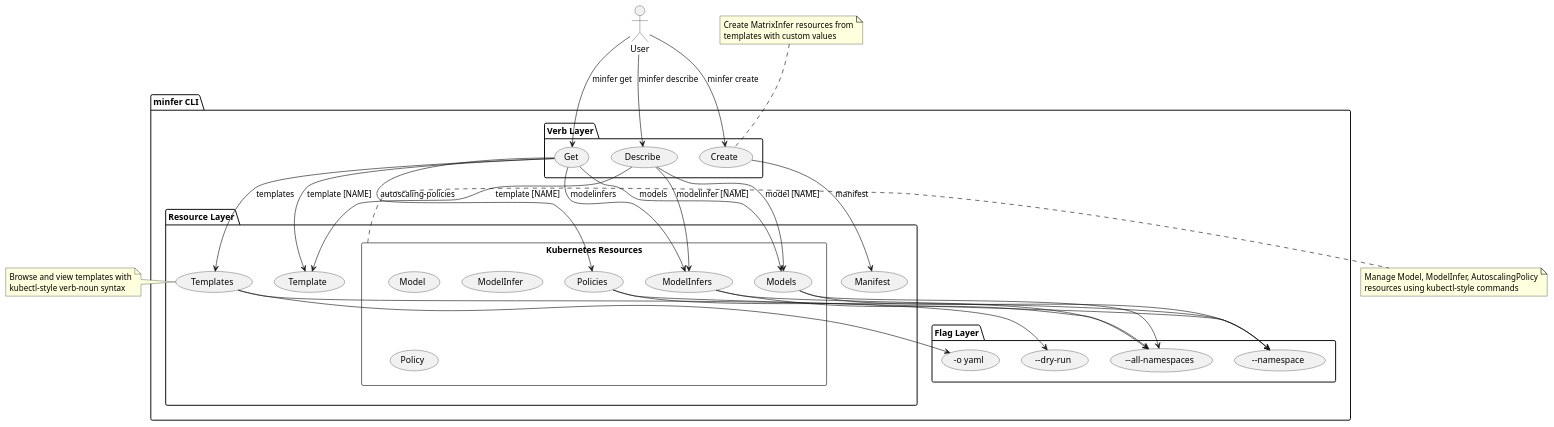
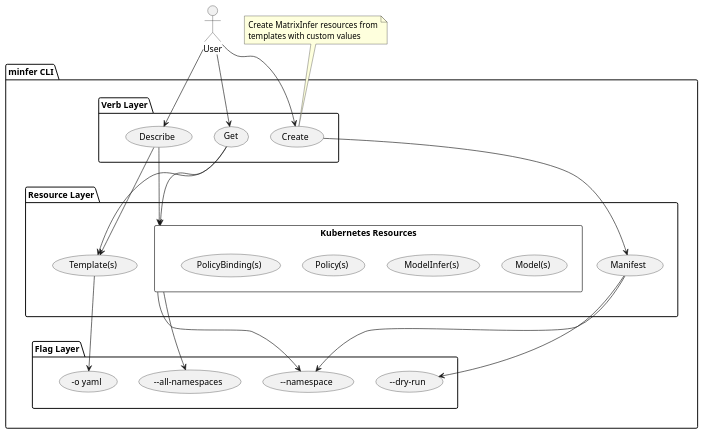
One commit to matrixinfer-ai/kthena changed the first of 2 diagrams in cli/minfer/README.md. Above: the diagram before and after it, drawn with PlantUML.

Commit message:
Updates minfer CLI use case diagram
Refactors the use case diagram for the minfer CLI to improve clarity
and accuracy.

Consolidates template resources and models/policies under Kubernetes
Resources.

Establishes connections between User, Verb, Resource and Flag Layers.

````diff
--- a/cli/minfer/README.md
+++ b/cli/minfer/README.md
@@ -9,77 +9,67 @@
 ```plantuml
+
 actor "User" as user
 
 package "minfer CLI" {
   
-  package "Verb Layer" {
+  package "Verb Layer" as verbLayer{
     usecase "Get" as GetVerb
     usecase "Describe" as DescribeVerb
     usecase "Create" as CreateVerb
   }
   
-  package "Resource Layer" {
-    usecase "Templates" as Templates
-    usecase "Template" as Template
-    
+  package "Resource Layer" as ResourceLayer {
+    usecase "Template(s)" as Template
     usecase "Manifest" as Manifest
     
     rectangle "Kubernetes Resources" as KubernetesResources {
-       usecase "Models" as ModelResources
-       usecase "Model" as ModelResource
-       usecase "ModelInfers" as ModelInferResources
-       usecase "ModelInfer" as ModelInferResource
-       usecase "Policy" as PolicyResource
-       usecase "Policies" as PolicyResources
+       usecase "Model(s)" as ModelResource
+       usecase "ModelInfer(s)" as ModelInferResource
+       usecase "Policy(s)" as PolicyResource
+       usecase "PolicyBinding(s)" as PolicyBindingResource
     }
   }
   
-  package "Flag Layer" {
+  package "Flag Layer" as FlagLayer{
     usecase "-o yaml" as OutputFlag
     usecase "--dry-run" as DryRunFlag
     usecase "--namespace" as NamespaceFlag
     usecase "--all-namespaces" as AllNamespacesFlag
   }
 }
 
 ' User interactions with verb layer (kubectl-style)
-user --> GetVerb : minfer get
-user --> DescribeVerb : minfer describe
-user --> CreateVerb : minfer create
+user --> GetVerb
+user --> DescribeVerb
+user --> CreateVerb
 
 ' Verb layer connects to resource layer
-CreateVerb --> Manifest : manifest
-GetVerb --> Templates : templates
-GetVerb --> Template : template [NAME]
-GetVerb --> ModelResources : models
-GetVerb --> ModelInferResources : modelinfers
-GetVerb --> PolicyResources : autoscaling-policies
+CreateVerb --> Manifest
+GetVerb --> Template
+GetVerb --> KubernetesResources
 
-DescribeVerb --> Template : template [NAME]
-DescribeVerb --> ModelResources : model [NAME]
-DescribeVerb --> ModelInferResources : modelinfer [NAME]
+DescribeVerb --> Template
+DescribeVerb --> KubernetesResources
 
 ' Resources can use flags
-Templates --> OutputFlag
-Templates --> DryRunFlag
-ModelResources --> NamespaceFlag
-ModelResources --> AllNamespacesFlag
-ModelInferResources --> AllNamespacesFlag
-ModelInferResources --> NamespaceFlag
-PolicyResources --> AllNamespacesFlag
-PolicyResources --> NamespaceFlag
+Manifest --> NamespaceFlag
+Manifest --> DryRunFlag
+Template --> OutputFlag
 
-note left of Templates
-  Browse and view templates with
-  kubectl-style verb-noun syntax
-end note
+KubernetesResources --> AllNamespacesFlag
+KubernetesResources --> NamespaceFlag
 
 note top of CreateVerb
   Create MatrixInfer resources from
   templates with custom values
 end note
 
-note right of KubernetesResources
-  Manage Model, ModelInfer, AutoscalingPolicy
-  resources using kubectl-style commands
-end note
+' layout
+GetVerb -[hidden]-> ModelResource
+GetVerb -[hidden]-> ModelInferResource
+GetVerb -[hidden]-> PolicyResource
+GetVerb -[hidden]-> PolicyBindingResource
+
+verbLayer -[hidden]-> ResourceLayer
+ResourceLayer -[hidden]-> FlagLayer
 ```
````
